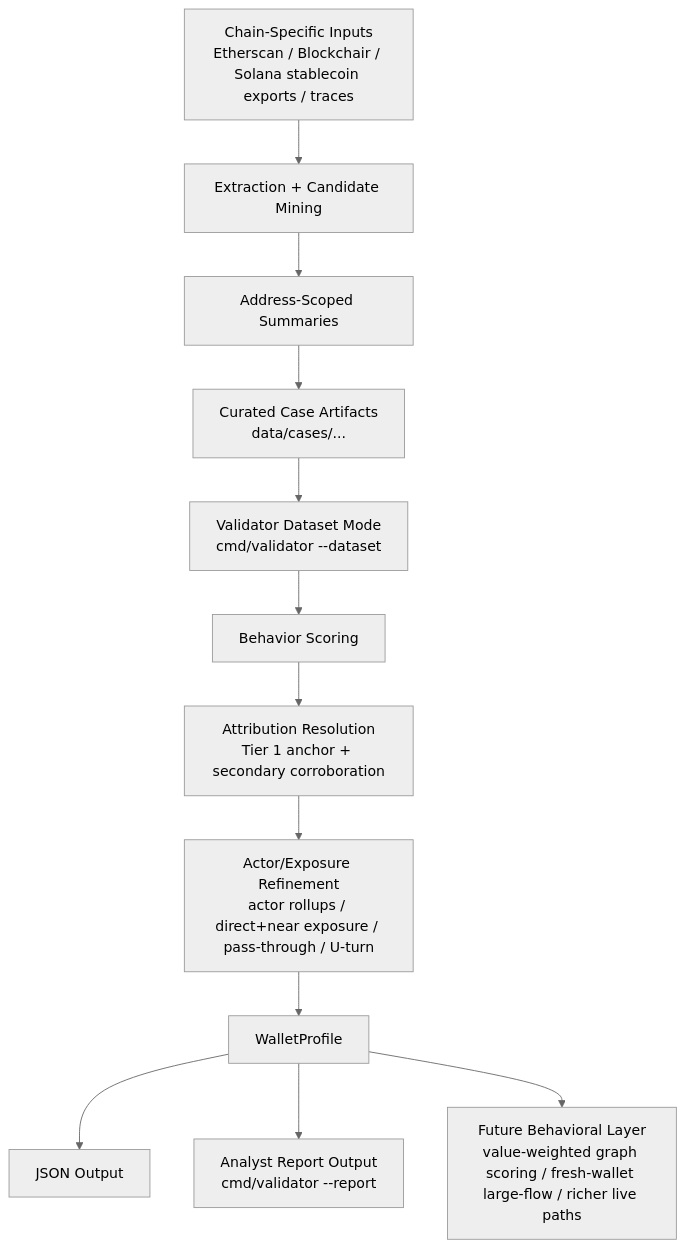
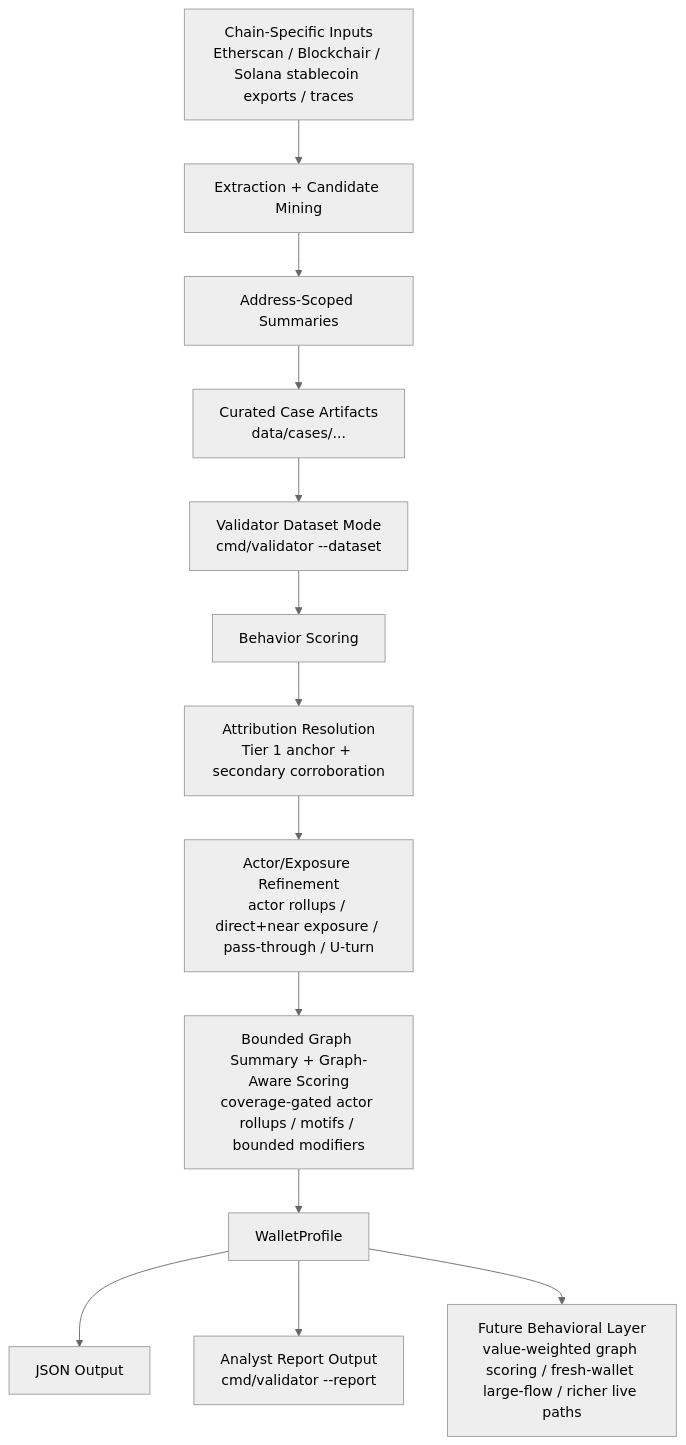
The second of 2 diagrams in ARCHITECTURE.md (piyushdaiya/crypto-profiler), drawn with Mermaid (neutral theme) before and after one commit. The commit also changed other lines of this file and 6 other files, not shown here.

Commit message:
feat: add bounded graph motifs and graph-aware scoring

````diff
--- a/ARCHITECTURE.md
+++ b/ARCHITECTURE.md
@@ -148,14 +156,15 @@
 ```mermaid
 flowchart TD
     A["Chain-Specific Inputs<br/>Etherscan / Blockchair / Solana stablecoin exports / traces"] --> B["Extraction + Candidate Mining"]
     B --> C["Address-Scoped Summaries"]
     C --> D["Curated Case Artifacts<br/>data/cases/..."]
     D --> E["Validator Dataset Mode<br/>cmd/validator --dataset"]
     E --> F["Behavior Scoring"]
     F --> G["Attribution Resolution<br/>Tier 1 anchor + secondary corroboration"]
     G --> H["Actor/Exposure Refinement<br/>actor rollups / direct+near exposure / pass-through / U-turn"]
-    H --> I["WalletProfile"]
-    I --> J["JSON Output"]
-    I --> K["Analyst Report Output<br/>cmd/validator --report"]
-    I --> L["Future Behavioral Layer<br/>value-weighted graph scoring / fresh-wallet large-flow / richer live paths"]
+    H --> I["Bounded Graph Summary + Graph-Aware Scoring<br/>coverage-gated actor rollups / motifs / bounded modifiers"]
+    I --> J["WalletProfile"]
+    J --> K["JSON Output"]
+    J --> L["Analyst Report Output<br/>cmd/validator --report"]
+    J --> M["Future Behavioral Layer<br/>value-weighted graph scoring / fresh-wallet large-flow / richer live paths"]
 ```
````
